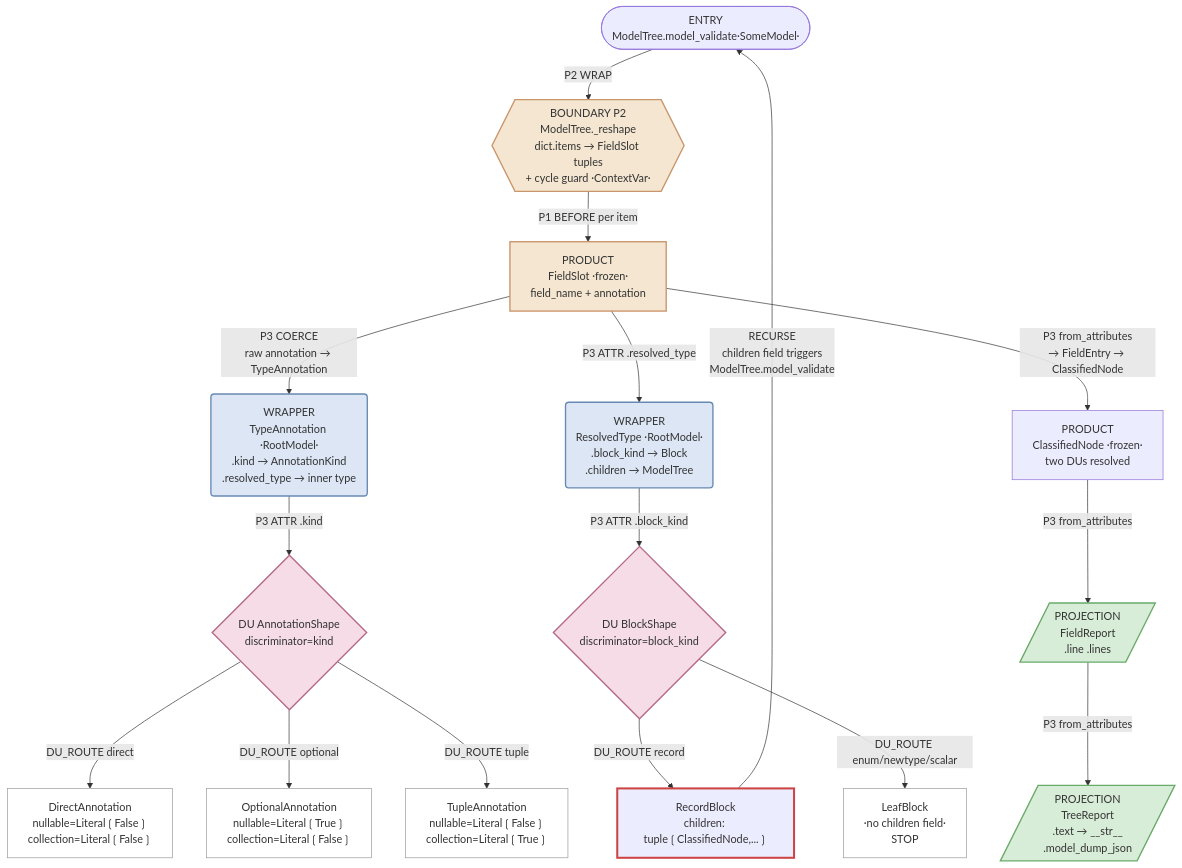
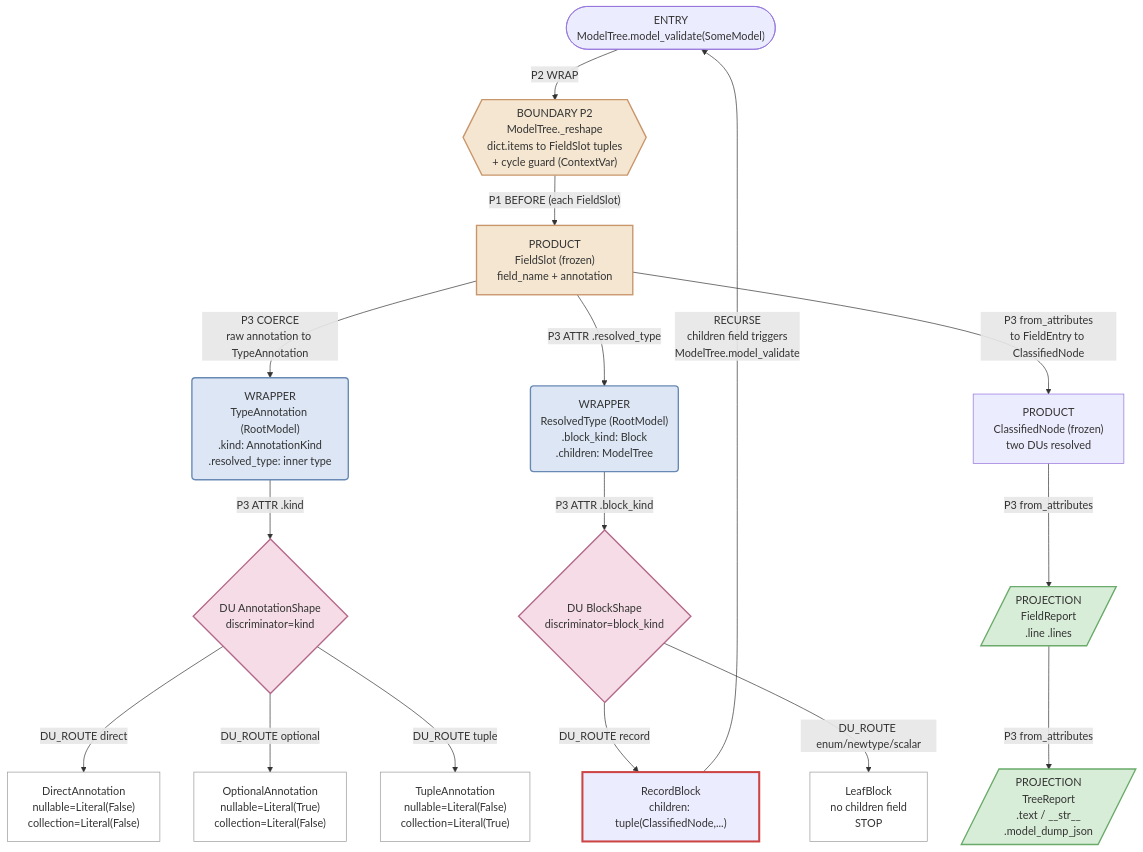
The second of 2 diagrams in ccg-diagram.md (kylejtobin/tca), drawn with Mermaid before and after one commit. The commit also changed other lines of this file and 5 other files, not shown here.

````diff
--- a/ccg-diagram.md
+++ b/ccg-diagram.md
@@ -303,42 +27,42 @@
 ```mermaid
 flowchart TD
     classDef boundary fill:#f4e6d0,stroke:#c9956b,stroke-width:2px
     classDef wrapper fill:#dce6f5,stroke:#6889b4,stroke-width:2px
     classDef du fill:#f5dce6,stroke:#b46889,stroke-width:2px
     classDef variant fill:#fff,stroke:#999
     classDef projection fill:#d8edd8,stroke:#6aaa6a,stroke-width:2px
     classDef recurse stroke:#c44,stroke-width:3px
 
-    E([ENTRY<br/>ModelTree.model_validate·SomeModel·])
+    E(["ENTRY<br/>ModelTree.model_validate(SomeModel)"])
     E -->|"P2 WRAP"| B1
 
-    B1{{"BOUNDARY P2<br/>ModelTree._reshape<br/>dict.items → FieldSlot tuples<br/>+ cycle guard ·ContextVar·"}}:::boundary
-    B1 -->|"P1 BEFORE per item"| FS
+    B1{{"BOUNDARY P2<br/>ModelTree._reshape<br/>dict.items to FieldSlot tuples<br/>+ cycle guard (ContextVar)"}}:::boundary
+    B1 -->|"P1 BEFORE (each FieldSlot)"| FS
 
-    FS["PRODUCT<br/>FieldSlot ·frozen·<br/>field_name + annotation"]:::boundary
-    FS -->|"P3 COERCE<br/>raw annotation → TypeAnnotation"| W1
+    FS["PRODUCT<br/>FieldSlot (frozen)<br/>field_name + annotation"]:::boundary
+    FS -->|"P3 COERCE<br/>raw annotation to TypeAnnotation"| W1
     FS -->|"P3 ATTR .resolved_type"| W2
 
-    W1("WRAPPER<br/>TypeAnnotation ·RootModel·<br/>.kind → AnnotationKind<br/>.resolved_type → inner type"):::wrapper
+    W1("WRAPPER<br/>TypeAnnotation (RootModel)<br/>.kind: AnnotationKind<br/>.resolved_type: inner type"):::wrapper
     W1 -->|"P3 ATTR .kind"| DU1
 
     DU1{"DU AnnotationShape<br/>discriminator=kind"}:::du
-    DU1 -->|"DU_ROUTE direct"| VA1["DirectAnnotation<br/>nullable=Literal❲False❳<br/>collection=Literal❲False❳"]:::variant
-    DU1 -->|"DU_ROUTE optional"| VA2["OptionalAnnotation<br/>nullable=Literal❲True❳<br/>collection=Literal❲False❳"]:::variant
-    DU1 -->|"DU_ROUTE tuple"| VA3["TupleAnnotation<br/>nullable=Literal❲False❳<br/>collection=Literal❲True❳"]:::variant
+    DU1 -->|"DU_ROUTE direct"| VA1["DirectAnnotation<br/>nullable=Literal(False)<br/>collection=Literal(False)"]:::variant
+    DU1 -->|"DU_ROUTE optional"| VA2["OptionalAnnotation<br/>nullable=Literal(True)<br/>collection=Literal(False)"]:::variant
+    DU1 -->|"DU_ROUTE tuple"| VA3["TupleAnnotation<br/>nullable=Literal(False)<br/>collection=Literal(True)"]:::variant
 
-    W2("WRAPPER<br/>ResolvedType ·RootModel·<br/>.block_kind → Block<br/>.children → ModelTree"):::wrapper
+    W2("WRAPPER<br/>ResolvedType (RootModel)<br/>.block_kind: Block<br/>.children: ModelTree"):::wrapper
     W2 -->|"P3 ATTR .block_kind"| DU2
 
     DU2{"DU BlockShape<br/>discriminator=block_kind"}:::du
-    DU2 -->|"DU_ROUTE record"| VB1["RecordBlock<br/>children: tuple❲ClassifiedNode,...❳"]:::recurse
-    DU2 -->|"DU_ROUTE enum/newtype/scalar"| VB2["LeafBlock<br/>·no children field·<br/>STOP"]:::variant
+    DU2 -->|"DU_ROUTE record"| VB1["RecordBlock<br/>children: tuple(ClassifiedNode,...)"]:::recurse
+    DU2 -->|"DU_ROUTE enum/newtype/scalar"| VB2["LeafBlock<br/>no children field<br/>STOP"]:::variant
 
     VB1 -->|"RECURSE<br/>children field triggers<br/>ModelTree.model_validate"| E
 
-    FS -->|"P3 from_attributes<br/>→ FieldEntry → ClassifiedNode"| CN["PRODUCT<br/>ClassifiedNode ·frozen·<br/>two DUs resolved"]
+    FS -->|"P3 from_attributes<br/>to FieldEntry to ClassifiedNode"| CN["PRODUCT<br/>ClassifiedNode (frozen)<br/>two DUs resolved"]
 
     CN -->|"P3 from_attributes"| FR[/"PROJECTION<br/>FieldReport<br/>.line .lines"/]:::projection
 
-    FR -->|"P3 from_attributes"| TR[/"PROJECTION<br/>TreeReport<br/>.text → __str__<br/>.model_dump_json"/]:::projection
+    FR -->|"P3 from_attributes"| TR[/"PROJECTION<br/>TreeReport<br/>.text / __str__<br/>.model_dump_json"/]:::projection
 ```
````
